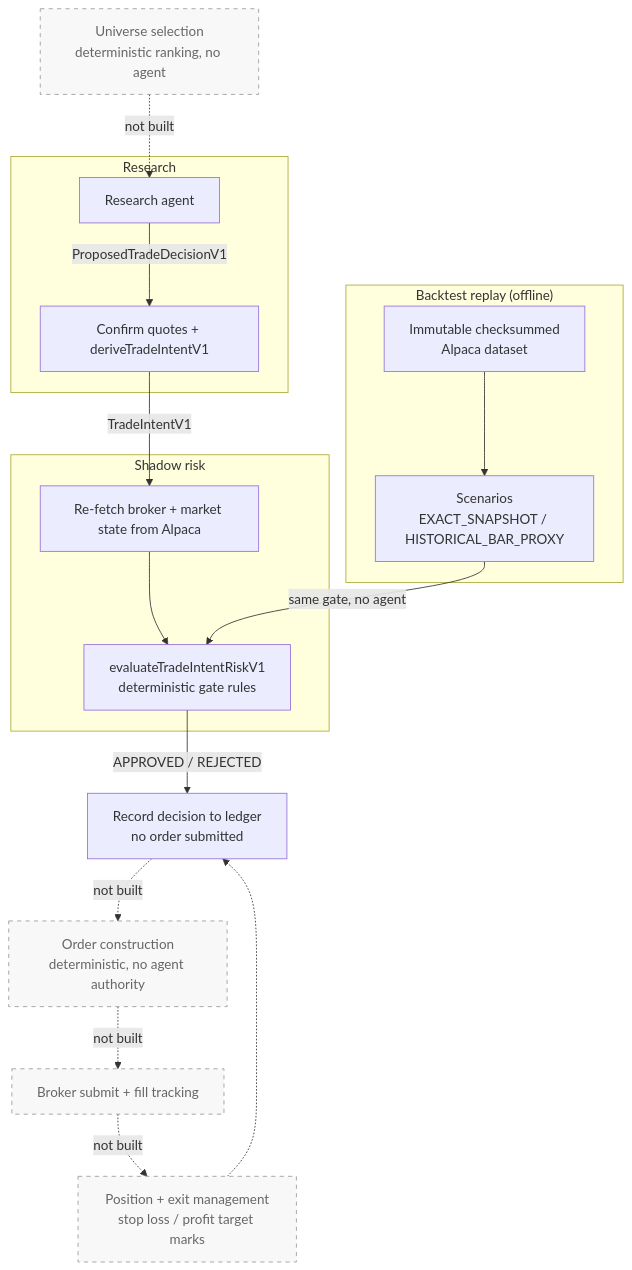
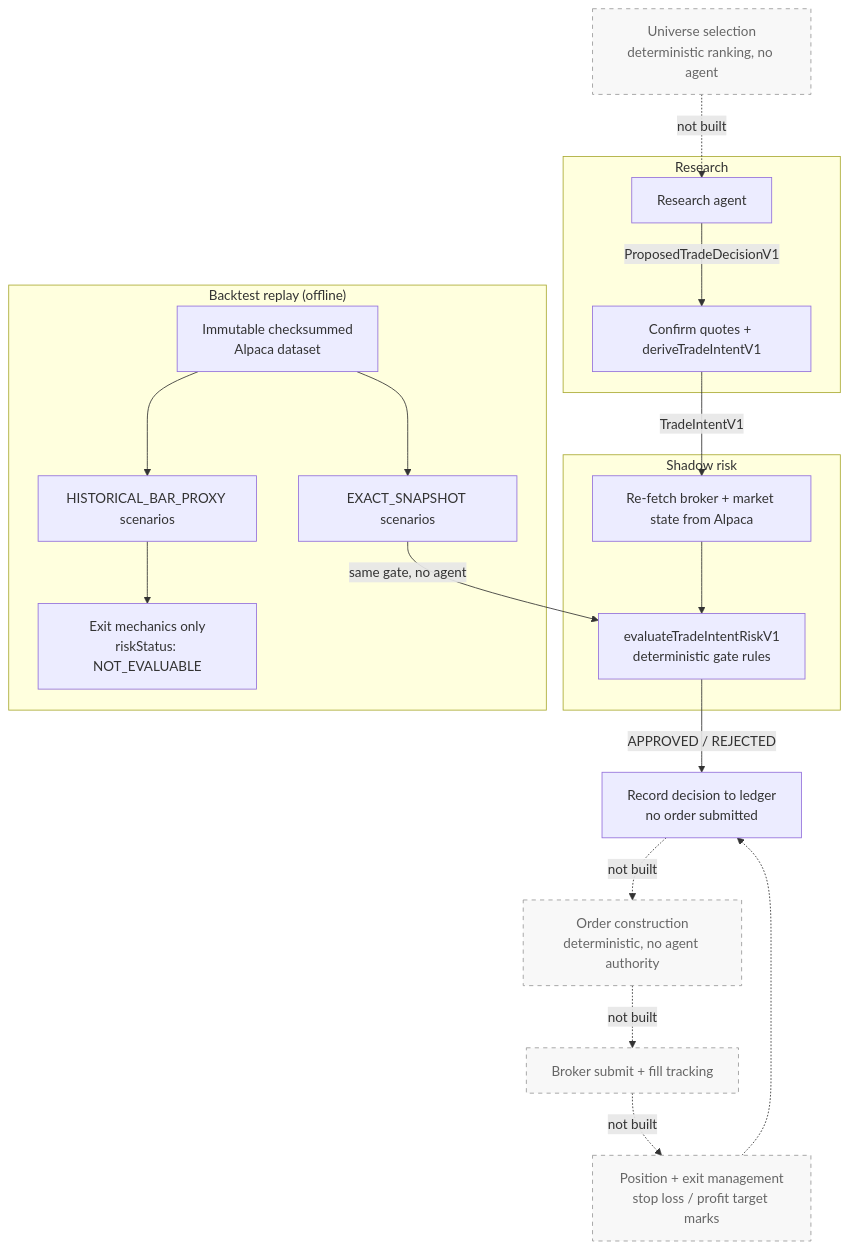
The diagram in README.md (whanyu1212/greeks-in-the-loop), drawn with Mermaid before and after one commit. The commit also changed other lines of this file, not shown here.

````diff
--- a/README.md
+++ b/README.md
@@ -11,29 +11,31 @@
 ```mermaid
 flowchart TD
     S[Universe selection<br/>deterministic ranking, no agent] -.->|not built| A
 
     subgraph research["Research"]
         A[Research agent] -->|ProposedTradeDecisionV1| B[Confirm quotes + deriveTradeIntentV1]
     end
 
     subgraph risk["Shadow risk"]
         C[Re-fetch broker + market state from Alpaca] --> D[evaluateTradeIntentRiskV1<br/>deterministic gate rules]
     end
 
     B -->|TradeIntentV1| C
     D -->|APPROVED / REJECTED| E[Record decision to ledger<br/>no order submitted]
 
     subgraph backtest["Backtest replay (offline)"]
-        R1[Immutable checksummed<br/>Alpaca dataset] --> R2[Scenarios<br/>EXACT_SNAPSHOT / HISTORICAL_BAR_PROXY]
+        R1[Immutable checksummed<br/>Alpaca dataset] --> R2[EXACT_SNAPSHOT scenarios]
+        R1 --> R3[HISTORICAL_BAR_PROXY scenarios]
+        R3 --> R4[Exit mechanics only<br/>riskStatus: NOT_EVALUABLE]
     end
 
     R2 -->|same gate, no agent| D
 
     E -.->|not built| F[Order construction<br/>deterministic, no agent authority]
     F -.->|not built| G[Broker submit + fill tracking]
     G -.->|not built| H[Position + exit management<br/>stop loss / profit target marks]
     H -.-> E
 
     classDef unbuilt stroke-dasharray:5 5,fill:#f8f8f8,color:#666,stroke:#999
     class S,F,G,H unbuilt
 ```
````
